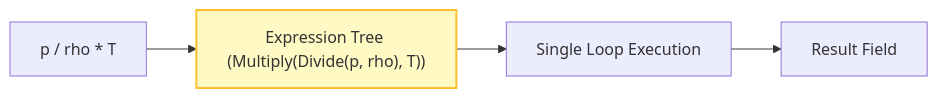
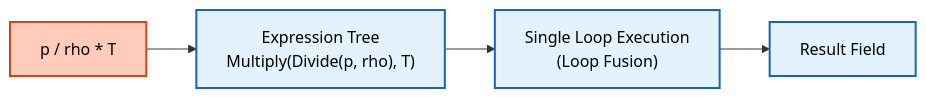
One commit to wramet/build-my-cfd changed the third of 3 diagrams in MODULE_05_OPENFOAM_PROGRAMMING/CONTENT/02_DIMENSIONED_TYPES/04_Template_Metaprogramming.md. Above: the diagram before and after it, drawn with Mermaid. The commit also changed other lines of this file and 313 other files, not shown here.

Commit message:
Revise all diagram

````diff
--- a/MODULE_05_OPENFOAM_PROGRAMMING/CONTENT/02_DIMENSIONED_TYPES/04_Template_Metaprogramming.md
+++ b/MODULE_05_OPENFOAM_PROGRAMMING/CONTENT/02_DIMENSIONED_TYPES/04_Template_Metaprogramming.md
@@ -224,8 +234,8 @@
 ```mermaid
 graph LR
-    A["p / rho * T"] --> B["Expression Tree (Multiply(Divide(p, rho), T))"]
-    B --> C["Single Loop Execution"]
-    C --> D["Result Field"]
-
-    style B fill:#fff9c4,stroke:#fbc02d,stroke-width:2px
+classDef explicit fill:#ffccbc,stroke:#d84315,stroke-width:2px,color:#000
+classDef implicit fill:#e3f2fd,stroke:#1565c0,stroke-width:2px,color:#000
+A["p / rho * T"]:::explicit --> B["Expression Tree<br/>Multiply(Divide(p, rho), T)"]:::implicit
+B --> C["Single Loop Execution<br/>(Loop Fusion)"]:::implicit
+C --> D["Result Field"]:::implicit
 ```
````
